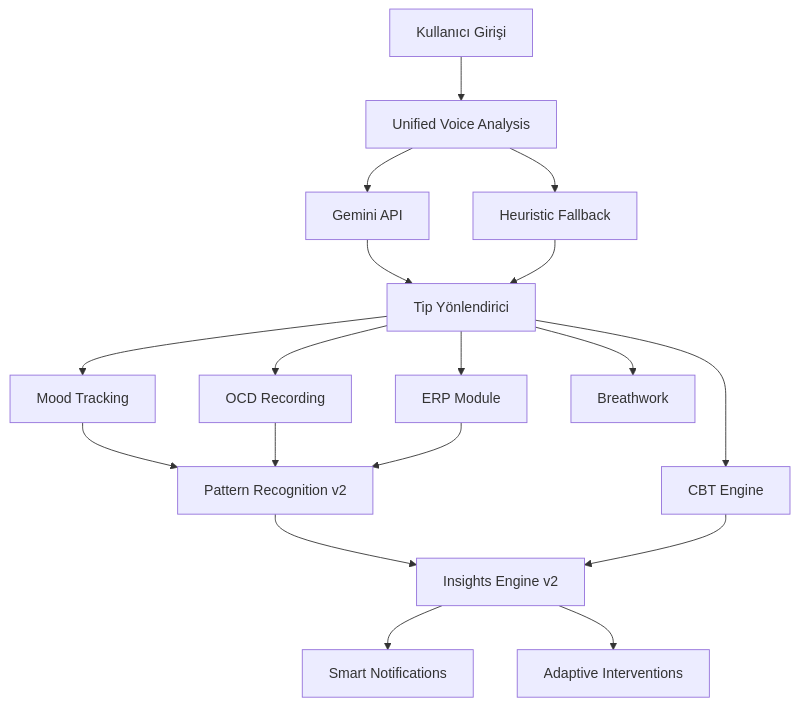
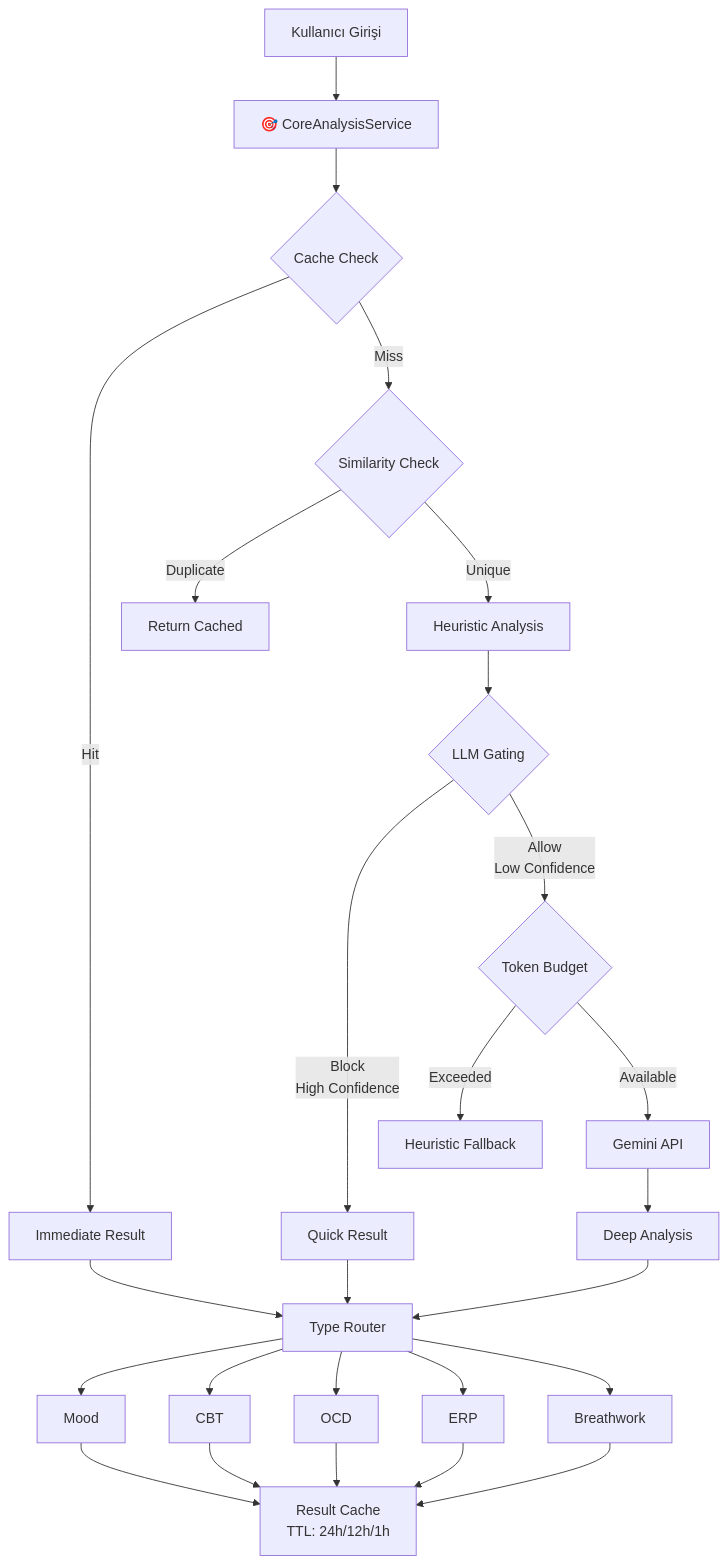
The diagram in docs/AI_COMPLETE_FLOW_ANALYSIS.md (adilyoltay/obsessless-mobile-app), drawn with Mermaid before and after one commit. The commit also changed other lines of this file, not shown here.

First line of the commit message:
docs: update AI_COMPLETE_FLOW_ANALYSIS with CoreAnalysisService v1 updates

````diff
--- a/docs/AI_COMPLETE_FLOW_ANALYSIS.md
+++ b/docs/AI_COMPLETE_FLOW_ANALYSIS.md
@@ -30,25 +51,36 @@
 ```mermaid
 graph TB
-    User[Kullanıcı Girişi] --> UA[Unified Voice Analysis]
-    UA --> Gemini[Gemini API]
-    UA --> Heuristic[Heuristic Fallback]
+    User[Kullanıcı Girişi] --> CAS[🎯 CoreAnalysisService]
     
-    Gemini --> Router[Tip Yönlendirici]
-    Heuristic --> Router
+    CAS --> CACHE{Cache Check}
+    CACHE -->|Hit| IMMEDIATE[Immediate Result]
+    CACHE -->|Miss| DEDUP{Similarity Check}
     
-    Router --> MOOD[Mood Tracking]
-    Router --> CBT[CBT Engine]
-    Router --> OCD[OCD Recording]
-    Router --> ERP[ERP Module]
-    Router --> BREATH[Breathwork]
+    DEDUP -->|Duplicate| CACHED[Return Cached]
+    DEDUP -->|Unique| HEUR[Heuristic Analysis]
     
-    MOOD --> PR[Pattern Recognition v2]
-    OCD --> PR
-    ERP --> PR
+    HEUR --> GATE{LLM Gating}
+    GATE -->|Block<br/>High Confidence| QUICK[Quick Result]
+    GATE -->|Allow<br/>Low Confidence| BUDGET{Token Budget}
     
-    PR --> IE[Insights Engine v2]
-    CBT --> IE
+    BUDGET -->|Exceeded| FALLBACK[Heuristic Fallback]
+    BUDGET -->|Available| LLM[Gemini API]
     
-    IE --> SN[Smart Notifications]
-    IE --> AI_INT[Adaptive Interventions]
+    LLM --> DEEP[Deep Analysis]
+    
+    QUICK --> ROUTER[Type Router]
+    DEEP --> ROUTER
+    IMMEDIATE --> ROUTER
+    
+    ROUTER --> MOOD[Mood]
+    ROUTER --> CBT[CBT]
+    ROUTER --> OCD[OCD]
+    ROUTER --> ERP[ERP]
+    ROUTER --> BREATH[Breathwork]
+    
+    MOOD --> STORE[Result Cache<br/>TTL: 24h/12h/1h]
+    CBT --> STORE
+    OCD --> STORE
+    ERP --> STORE
+    BREATH --> STORE
 ```
````
